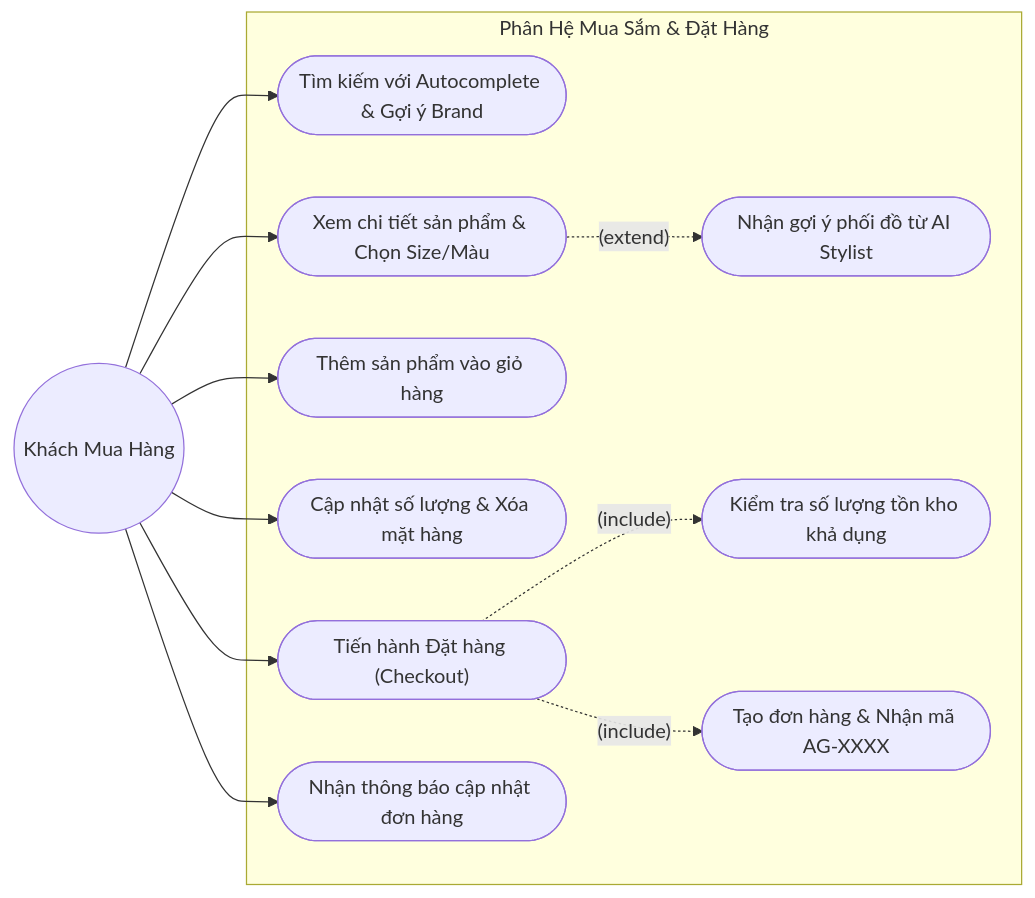
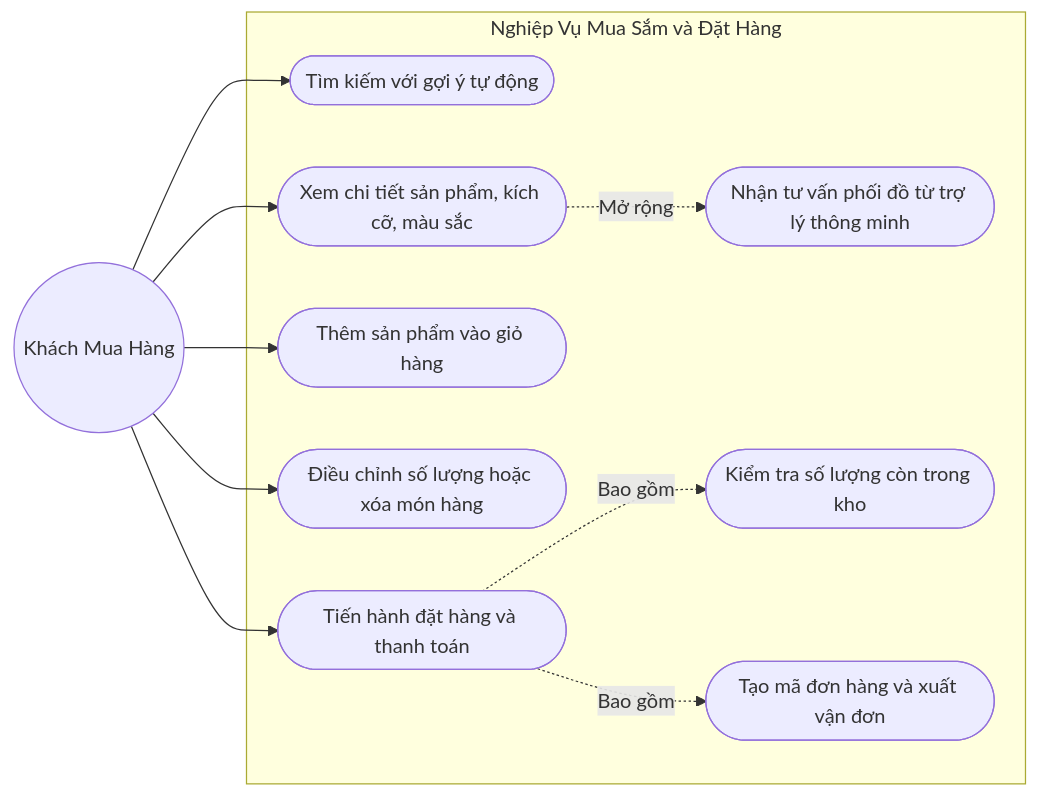
Before and after one commit to longthan12334/He-thong-thuong-mai-ien-tu-tich-hop-AI: the seventh of 16 diagrams in BAO_CAO_THIET_KE_HE_THONG.md, drawn with Mermaid. The commit also changed other lines of this file and 24 other files, not shown here.

````diff
--- a/BAO_CAO_THIET_KE_HE_THONG.md
+++ b/BAO_CAO_THIET_KE_HE_THONG.md
@@ -281,27 +277,25 @@
 ```mermaid
 flowchart LR
     Customer(("Khách Mua Hàng"))
 
-    subgraph ShoppingContext ["Phân Hệ Mua Sắm & Đặt Hàng"]
-        UC1(["Tìm kiếm với Autocomplete & Gợi ý Brand"])
-        UC2(["Xem chi tiết sản phẩm & Chọn Size/Màu"])
-        UC3(["Nhận gợi ý phối đồ từ AI Stylist"])
+    subgraph BuyerUseCase ["Nghiệp Vụ Mua Sắm và Đặt Hàng"]
+        UC1(["Tìm kiếm với gợi ý tự động"])
+        UC2(["Xem chi tiết sản phẩm, kích cỡ, màu sắc"])
+        UC3(["Nhận tư vấn phối đồ từ trợ lý thông minh"])
         UC4(["Thêm sản phẩm vào giỏ hàng"])
-        UC5(["Cập nhật số lượng & Xóa mặt hàng"])
-        UC6(["Tiến hành Đặt hàng (Checkout)"])
-        UC7(["Kiểm tra số lượng tồn kho khả dụng"])
-        UC8(["Tạo đơn hàng & Nhận mã AG-XXXX"])
-        UC9(["Nhận thông báo cập nhật đơn hàng"])
+        UC5(["Điều chỉnh số lượng hoặc xóa món hàng"])
+        UC6(["Tiến hành đặt hàng và thanh toán"])
+        UC7(["Kiểm tra số lượng còn trong kho"])
+        UC8(["Tạo mã đơn hàng và xuất vận đơn"])
 
-        UC6 -.->|"(include)"| UC7
-        UC6 -.->|"(include)"| UC8
-        UC2 -.->|"(extend)"| UC3
+        UC6 -.->|Bao gồm| UC7
+        UC6 -.->|Bao gồm| UC8
+        UC2 -.->|Mở rộng| UC3
     end
 
     Customer --> UC1
     Customer --> UC2
     Customer --> UC4
     Customer --> UC5
     Customer --> UC6
-    Customer --> UC9
 ```
````
